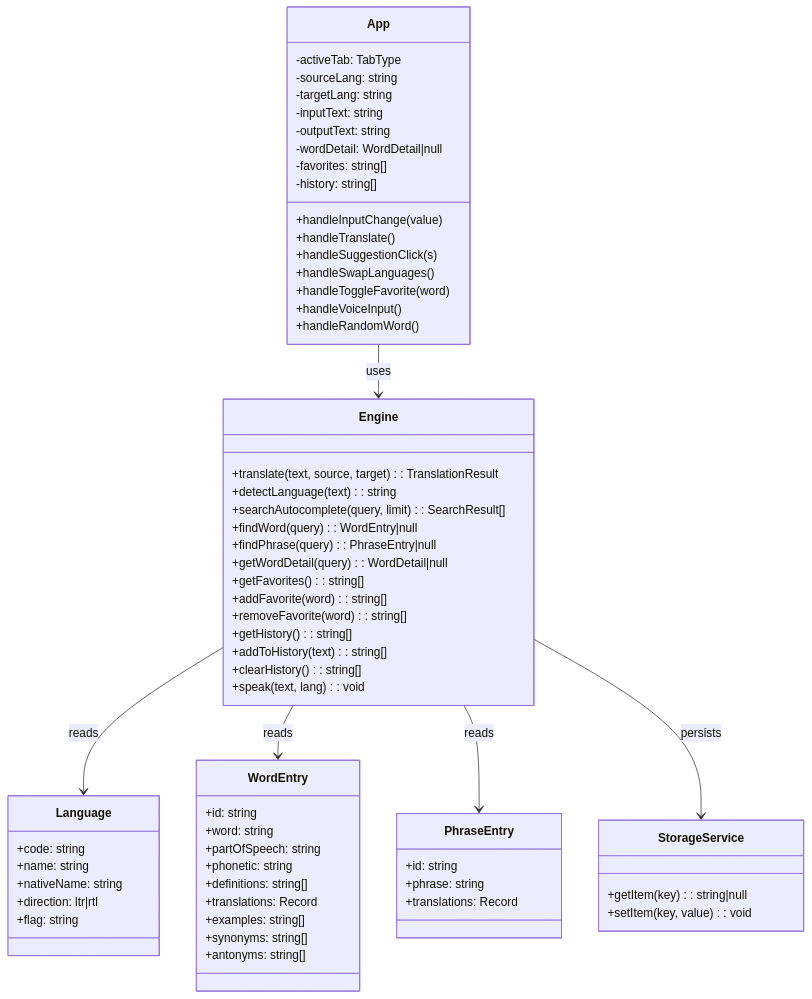
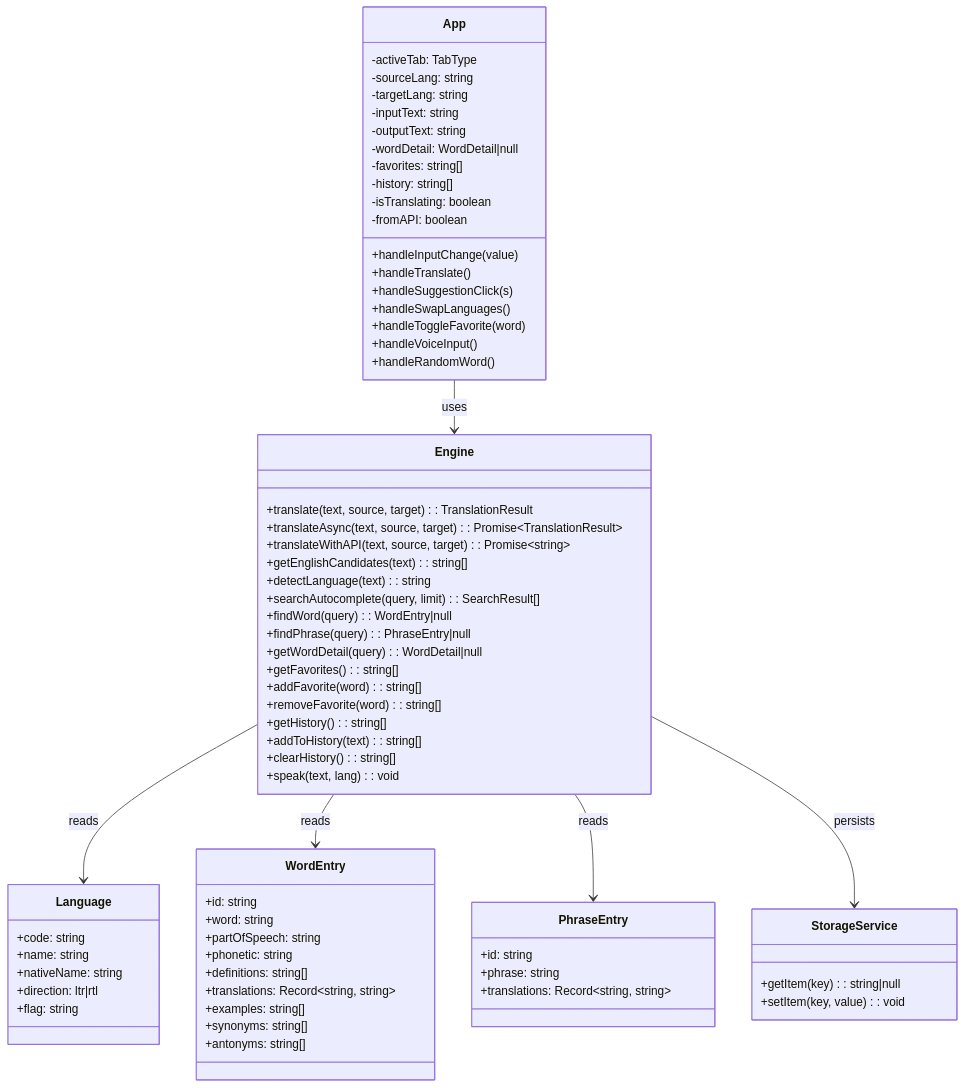
One commit to 4xrhd/keya_swe_project changed the diagram in documentation/6.Class_Diagram.md. Above: the diagram before and after it, drawn with Mermaid. The commit also changed 8 other files, not shown here.

Commit message:
feat: implement hybrid translation engine with online API fallback and update project documentation

````diff
--- a/documentation/6.Class_Diagram.md
+++ b/documentation/6.Class_Diagram.md
@@ -4,73 +4,78 @@
 ```mermaid
 classDiagram
   class App {
     -activeTab: TabType
     -sourceLang: string
     -targetLang: string
     -inputText: string
     -outputText: string
     -wordDetail: WordDetail|null
     -favorites: string[]
     -history: string[]
+    -isTranslating: boolean
+    -fromAPI: boolean
     +handleInputChange(value)
     +handleTranslate()
     +handleSuggestionClick(s)
     +handleSwapLanguages()
     +handleToggleFavorite(word)
     +handleVoiceInput()
     +handleRandomWord()
   }
 
   class Engine {
     +translate(text, source, target): TranslationResult
+    +translateAsync(text, source, target): Promise~TranslationResult~
+    +translateWithAPI(text, source, target): Promise~string~
+    +getEnglishCandidates(text): string[]
     +detectLanguage(text): string
     +searchAutocomplete(query, limit): SearchResult[]
     +findWord(query): WordEntry|null
     +findPhrase(query): PhraseEntry|null
     +getWordDetail(query): WordDetail|null
     +getFavorites(): string[]
     +addFavorite(word): string[]
     +removeFavorite(word): string[]
     +getHistory(): string[]
     +addToHistory(text): string[]
     +clearHistory(): string[]
     +speak(text, lang): void
   }
 
   class Language {
     +code: string
     +name: string
     +nativeName: string
     +direction: ltr|rtl
     +flag: string
   }
 
   class WordEntry {
     +id: string
     +word: string
     +partOfSpeech: string
     +phonetic: string
     +definitions: string[]
-    +translations: Record
+    +translations: Record~string, string~
     +examples: string[]
     +synonyms: string[]
     +antonyms: string[]
   }
 
   class PhraseEntry {
     +id: string
     +phrase: string
-    +translations: Record
+    +translations: Record~string, string~
   }
 
   class StorageService {
     +getItem(key): string|null
     +setItem(key, value): void
   }
 
   App --> Engine : uses
   Engine --> Language : reads
   Engine --> WordEntry : reads
   Engine --> PhraseEntry : reads
   Engine --> StorageService : persists
 ```
````
